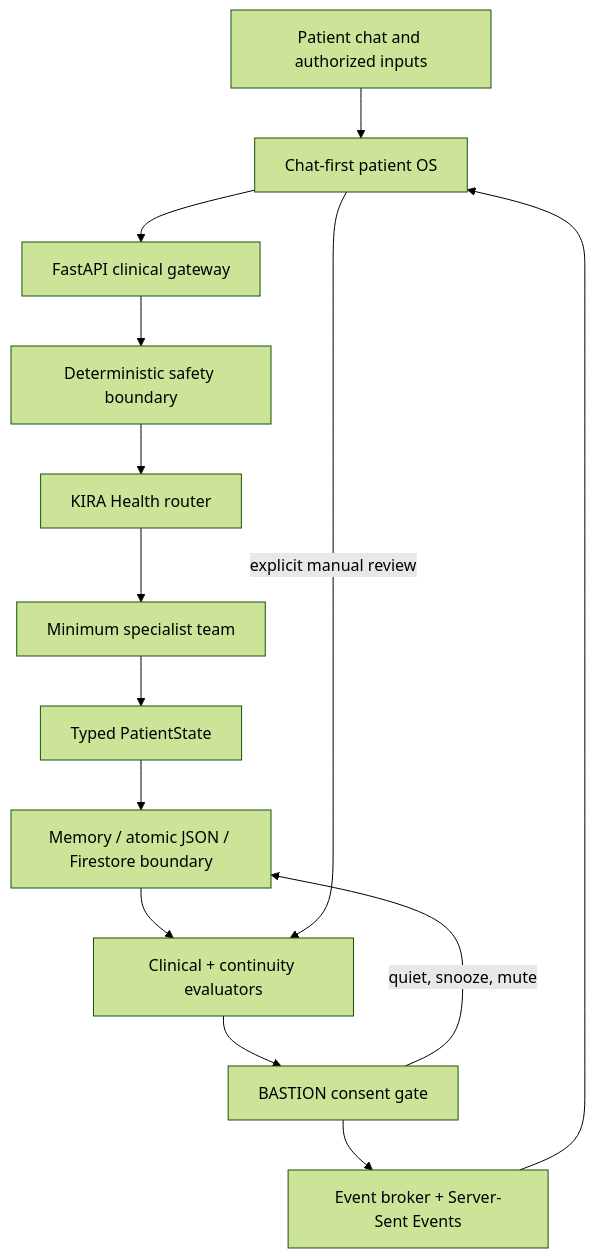
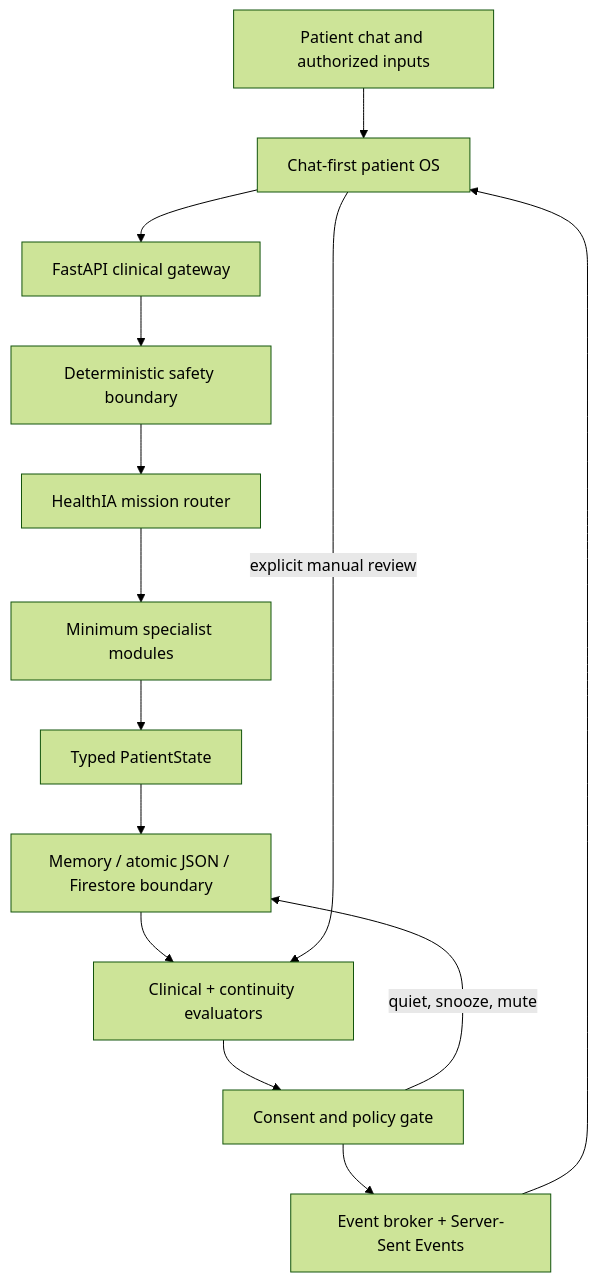
One commit to arisnachy/healthia-one changed the diagram in docs/ARCHITECTURE.md. Above: the diagram before and after it, drawn with Mermaid (forest theme). The commit also changed other lines of this file and 10 other files, not shown here.

````diff
--- a/docs/ARCHITECTURE.md
+++ b/docs/ARCHITECTURE.md
@@ -5,19 +5,19 @@
 ```mermaid
 flowchart TB
     P[Patient chat and authorized inputs]
     UI[Chat-first patient OS]
     API[FastAPI clinical gateway]
     SAFE[Deterministic safety boundary]
-    KIRA[KIRA Health router]
-    AGENTS[Minimum specialist team]
+    ROUTER[HealthIA mission router]
+    MODULES[Minimum specialist modules]
     STATE[Typed PatientState]
     STORE[Memory / atomic JSON / Firestore boundary]
     EVAL[Clinical + continuity evaluators]
-    CONTROL[BASTION consent gate]
+    CONTROL[Consent and policy gate]
     SSE[Event broker + Server-Sent Events]
 
-    P --> UI --> API --> SAFE --> KIRA --> AGENTS --> STATE --> STORE
+    P --> UI --> API --> SAFE --> ROUTER --> MODULES --> STATE --> STORE
     STORE --> EVAL --> CONTROL --> SSE --> UI
     CONTROL -->|quiet, snooze, mute| STORE
     UI -->|explicit manual review| EVAL
 ```
````
